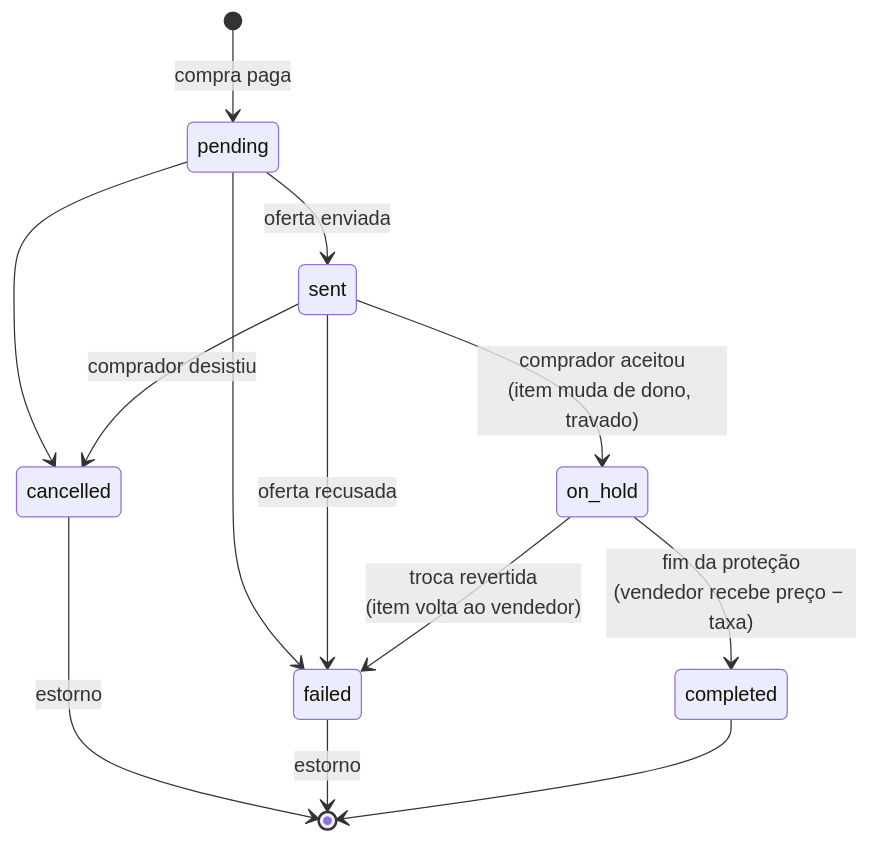
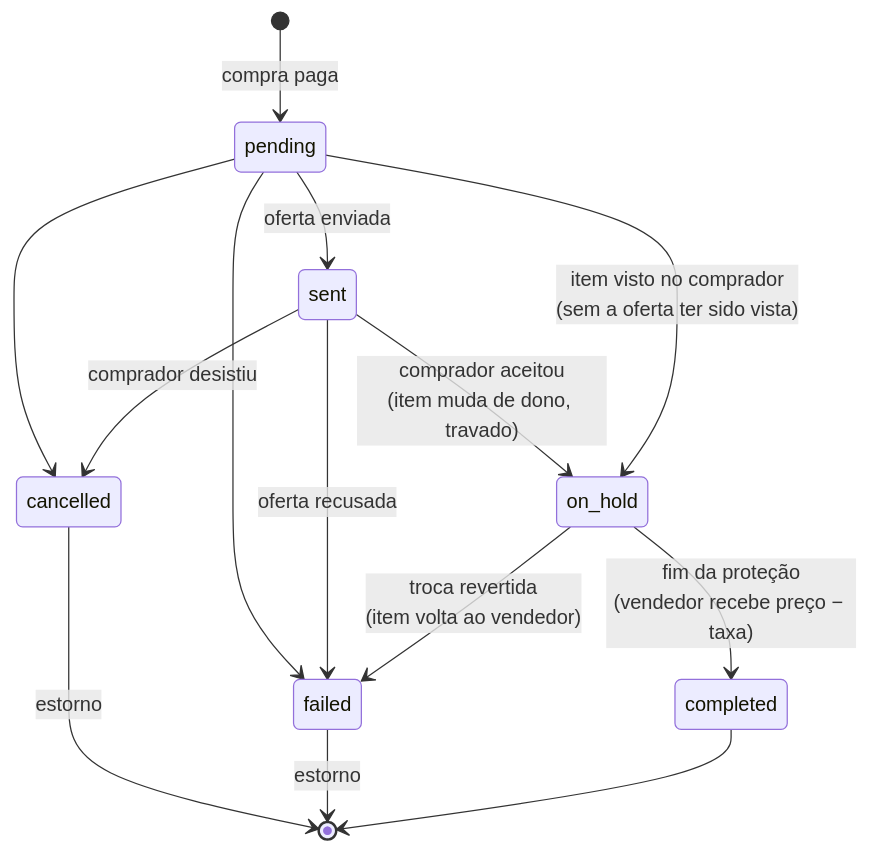
Before and after one commit to Eduardo-Mourao0/ViceSkins: the third of 3 diagrams in README.md, drawn with Mermaid. The commit also changed other lines of this file and 48 other files, not shown here.

````diff
--- a/README.md
+++ b/README.md
@@ -77,15 +77,16 @@
 ```mermaid
 stateDiagram-v2
     [*] --> pending: compra paga
     pending --> sent: oferta enviada
     sent --> on_hold: comprador aceitou<br/>(item muda de dono, travado)
+    pending --> on_hold: item visto no comprador<br/>(sem a oferta ter sido vista)
     on_hold --> completed: fim da proteção<br/>(vendedor recebe preço − taxa)
     pending --> cancelled
     sent --> cancelled: comprador desistiu
     pending --> failed
     sent --> failed: oferta recusada
     on_hold --> failed: troca revertida<br/>(item volta ao vendedor)
     cancelled --> [*]: estorno
     failed --> [*]: estorno
     completed --> [*]
 ```
````
